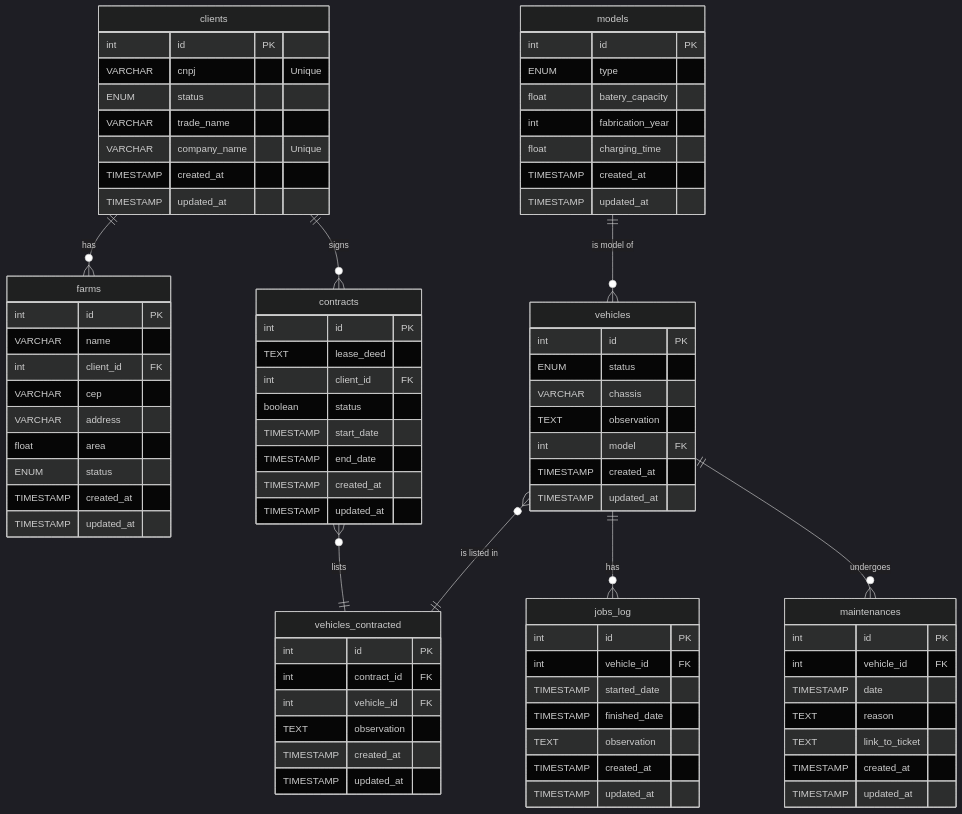
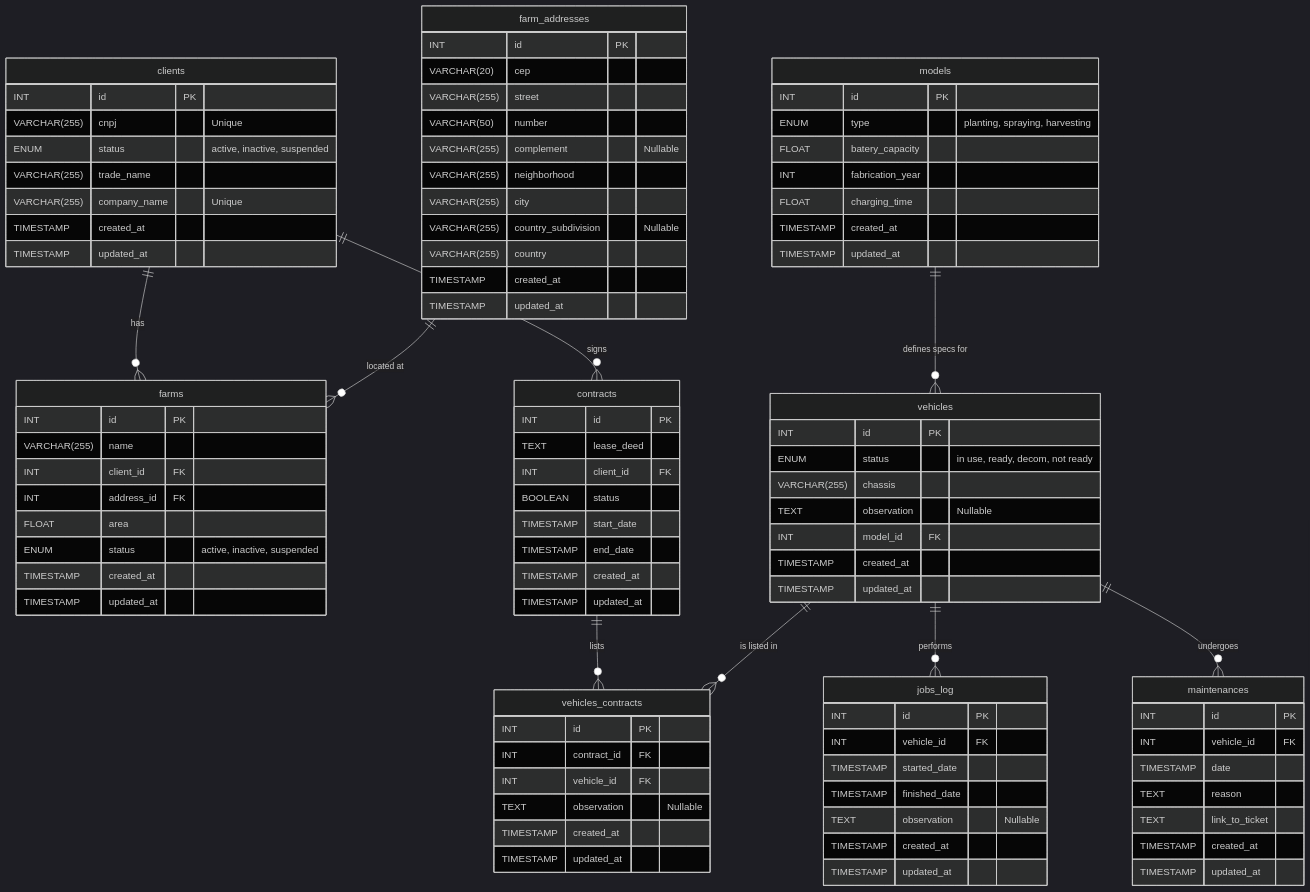
Before and after one commit to GustavoBehnck/banco_de_dados_2: the diagram in database/docs/mysql_estrutura.md, drawn with Mermaid (dark theme).

Commit message:
fix: Updating mermaid strocture

````diff
--- a/database/docs/mysql_estrutura.md
+++ b/database/docs/mysql_estrutura.md
@@ -8,80 +8,93 @@
 ```mermaid
 erDiagram
     clients {
-        int id PK
-        VARCHAR cnpj "Unique"
-        ENUM status
-        VARCHAR trade_name
-        VARCHAR company_name "Unique"
+        INT id PK
+        VARCHAR(255) cnpj "Unique"
+        ENUM status "active, inactive, suspended"
+        VARCHAR(255) trade_name
+        VARCHAR(255) company_name "Unique"
+        TIMESTAMP created_at
+        TIMESTAMP updated_at
+    }
+
+    farm_addresses {
+        INT id PK
+        VARCHAR(20) cep
+        VARCHAR(255) street
+        VARCHAR(50) number
+        VARCHAR(255) complement "Nullable"
+        VARCHAR(255) neighborhood
+        VARCHAR(255) city
+        VARCHAR(255) country_subdivision "Nullable"
+        VARCHAR(255) country
         TIMESTAMP created_at
         TIMESTAMP updated_at
     }
 
     farms {
-        int id PK
-        VARCHAR name
-        int client_id FK
-        VARCHAR cep
-        VARCHAR address
-        float area
-        ENUM status
+        INT id PK
+        VARCHAR(255) name
+        INT client_id FK
+        INT address_id FK
+        FLOAT area
+        ENUM status "active, inactive, suspended"
+        TIMESTAMP created_at
+        TIMESTAMP updated_at
+    }
+
+    models {
+        INT id PK
+        ENUM type "planting, spraying, harvesting"
+        FLOAT batery_capacity
+        INT fabrication_year
+        FLOAT charging_time
+        TIMESTAMP created_at
+        TIMESTAMP updated_at
+    }
+
+    vehicles {
+        INT id PK
+        ENUM status "in use, ready, decom, not ready"
+        VARCHAR(255) chassis
+        TEXT observation "Nullable"
+        INT model_id FK
         TIMESTAMP created_at
         TIMESTAMP updated_at
     }
 
     contracts {
-        int id PK
+        INT id PK
         TEXT lease_deed
-        int client_id FK
-        boolean status
+        INT client_id FK
+        BOOLEAN status
         TIMESTAMP start_date
         TIMESTAMP end_date
         TIMESTAMP created_at
         TIMESTAMP updated_at
     }
 
-    models {
-        int id PK
-        ENUM type
-        float batery_capacity
-        int fabrication_year
-        float charging_time
-        TIMESTAMP created_at
-        TIMESTAMP updated_at
-    }
-
-    vehicles {
-        int id PK
-        ENUM status
-        VARCHAR chassis
-        TEXT observation
-        int model FK
-        TIMESTAMP created_at
-        TIMESTAMP updated_at
-    }
-
-    vehicles_contracted {
-        int id PK
-        int contract_id FK
-        int vehicle_id FK
-        TEXT observation
+    vehicles_contracts {
+        INT id PK
+        INT contract_id FK
+        INT vehicle_id FK
+        TEXT observation "Nullable"
         TIMESTAMP created_at
         TIMESTAMP updated_at
     }
 
     jobs_log {
-        int id PK
-        int vehicle_id FK
+        INT id PK
+        INT vehicle_id FK
         TIMESTAMP started_date
         TIMESTAMP finished_date
-        TEXT observation
+        TEXT observation "Nullable"
         TIMESTAMP created_at
         TIMESTAMP updated_at
     }
 
     maintenances {
-        int id PK
-        int vehicle_id FK
+        INT id PK
+        INT vehicle_id FK
         TIMESTAMP date
         TEXT reason
         TEXT link_to_ticket
@@ -89,14 +102,17 @@
         TIMESTAMP updated_at
     }
 
+    %% Relacionamentos
     clients ||--o{ farms : "has"
     clients ||--o{ contracts : "signs"
+    
+    farm_addresses ||--o{ farms : "located at"
 
-    models ||--o{ vehicles : "is model of"
+    models ||--o{ vehicles : "defines specs for"
 
-    contracts }o--|| vehicles_contracted : "lists"
-    vehicles }o--|| vehicles_contracted : "is listed in"
+    contracts ||--o{ vehicles_contracts : "lists"
+    vehicles ||--o{ vehicles_contracts : "is listed in"
 
-    vehicles ||--o{ jobs_log : "has"
+    vehicles ||--o{ jobs_log : "performs"
     vehicles ||--o{ maintenances : "undergoes"
 ```
````
